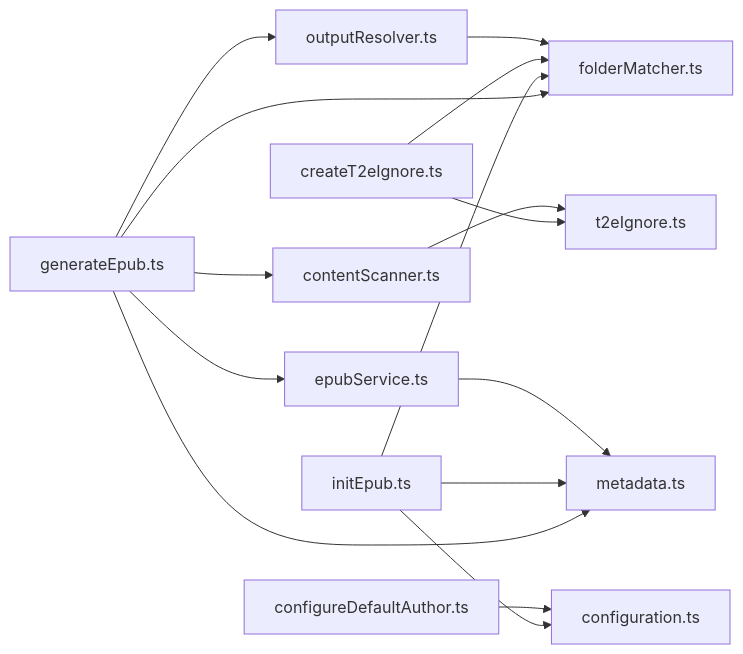
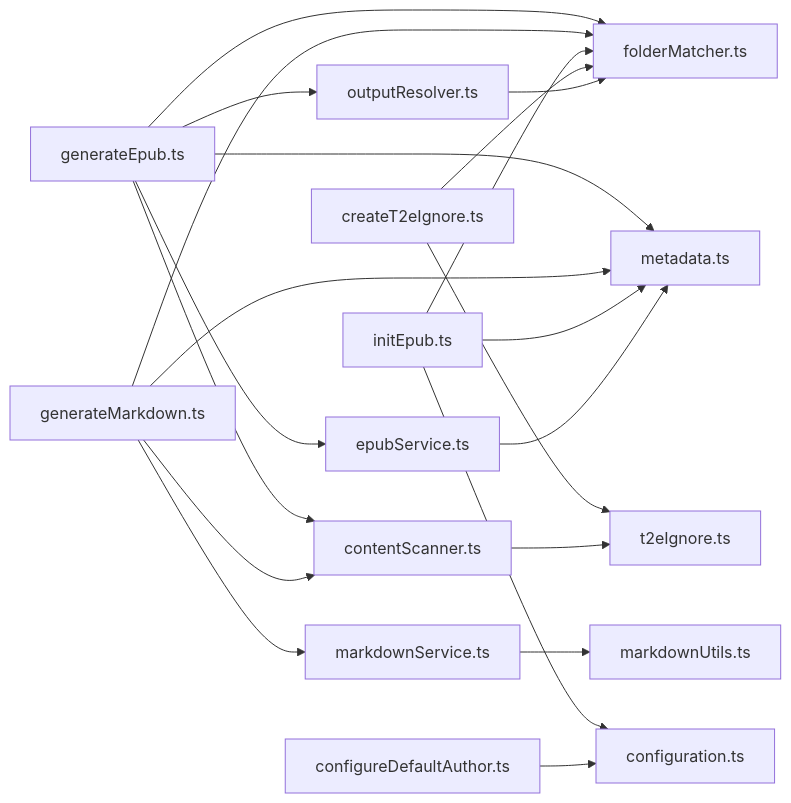
Before and after one commit to someok/vscode-folder2epub: the third of 3 diagrams in .qoder/repowiki/zh/content/API 参考文档/API 参考文档.md, drawn with Mermaid. The commit also changed other lines of this file and 8 other files, not shown here.

````diff
--- a/.qoder/repowiki/zh/content/API 参考文档/API 参考文档.md
+++ b/.qoder/repowiki/zh/content/API 参考文档/API 参考文档.md
@@ -484,17 +580,22 @@
 ```mermaid
 graph LR
 GEN["generateEpub.ts"] --> FM["folderMatcher.ts"]
 GEN --> META["metadata.ts"]
 GEN --> SCAN["contentScanner.ts"]
 GEN --> OUT["outputResolver.ts"]
 GEN --> EPUB["epubService.ts"]
+MERGE["generateMarkdown.ts"] --> FM
+MERGE --> META
+MERGE --> SCAN
+MERGE --> MERGE_S["markdownService.ts"]
+MERGE_S --> UTILS["markdownUtils.ts"]
 INIT["initEpub.ts"] --> FM
 INIT --> CFG["configuration.ts"]
 INIT --> META
 T2E["createT2eIgnore.ts"] --> FM
 T2E --> T2E_S["t2eIgnore.ts"]
 AUTH["configureDefaultAuthor.ts"] --> CFG
 SCAN --> T2E_S
 EPUB --> META
 OUT --> FM
 ```
````
